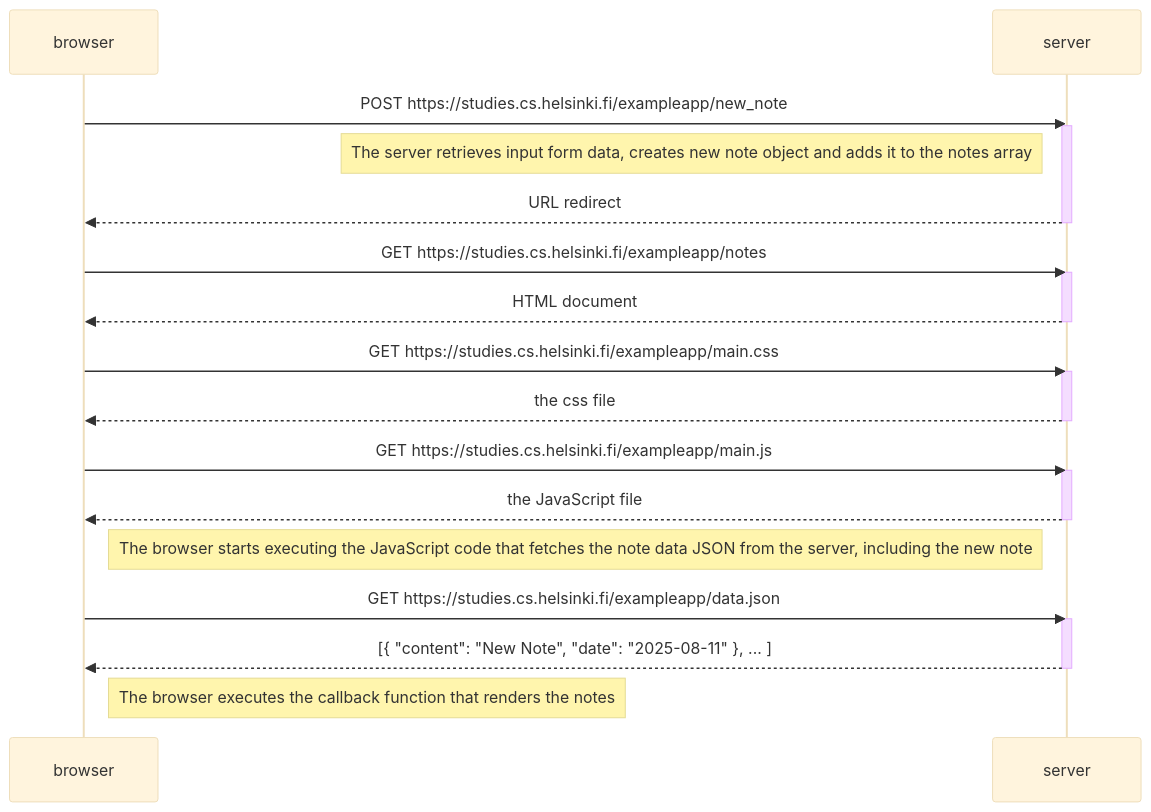
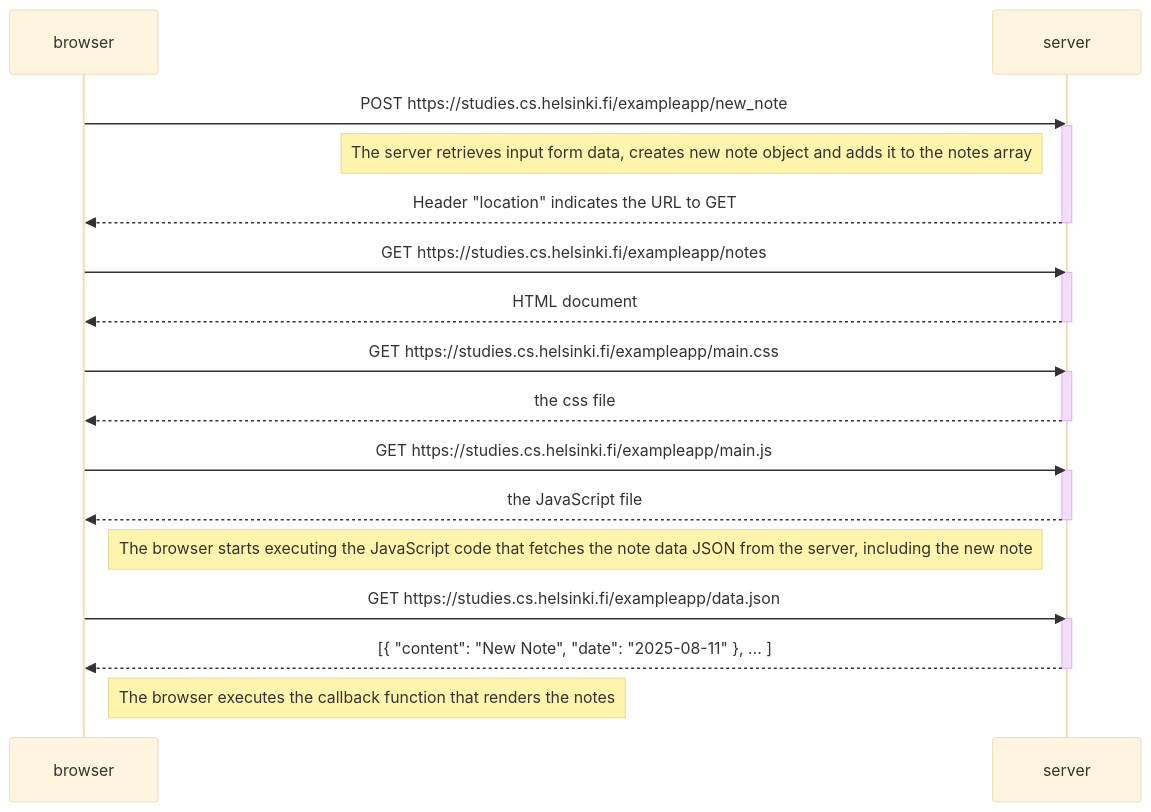
Before and after one commit to misheho/full_stack_mluukkai: the diagram in part0/note_creation.md, drawn with Mermaid (base theme). The commit also changed 1 other file, not shown here.

Commit message:
minor changes on diagrams

````diff
--- a/part0/note_creation.md
+++ b/part0/note_creation.md
@@ -1,38 +1,37 @@
 ```mermaid
 sequenceDiagram
     participant browser
     participant server
     
     browser->>server: POST https://studies.cs.helsinki.fi/exampleapp/new_note
     activate server
 
     Note left of server: The server retrieves input form data, creates new note object and adds it to the notes array
     
-    server-->>browser: URL redirect
+    server-->>browser: Header "location" indicates the URL to GET
     deactivate server
-    
 
     browser->>server: GET https://studies.cs.helsinki.fi/exampleapp/notes
     activate server
     server-->>browser: HTML document
     deactivate server
 
     browser->>server: GET https://studies.cs.helsinki.fi/exampleapp/main.css
     activate server
     server-->>browser: the css file
     deactivate server
 
     browser->>server: GET https://studies.cs.helsinki.fi/exampleapp/main.js
     activate server
     server-->>browser: the JavaScript file
     deactivate server
 
     Note right of browser: The browser starts executing the JavaScript code that fetches the note data JSON from the server, including the new note
 
     browser->>server: GET https://studies.cs.helsinki.fi/exampleapp/data.json
     activate server
     server-->>browser: [{ "content": "New Note", "date": "2025-08-11" }, ... ]
     deactivate server
 
     Note right of browser: The browser executes the callback function that renders the notes
 ```
````
